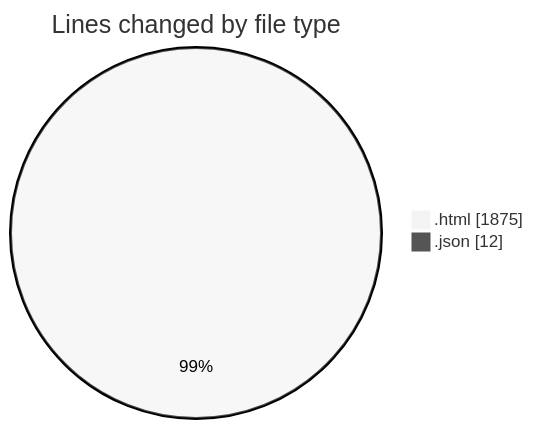
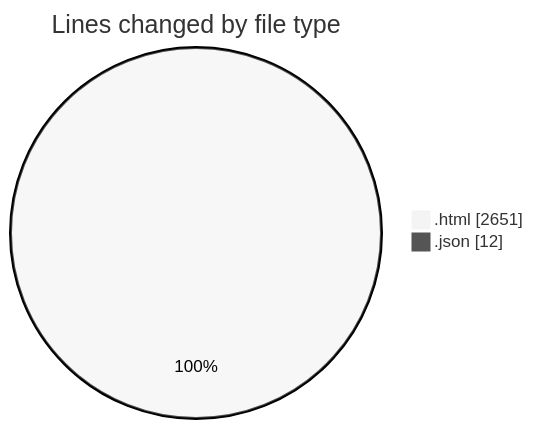
One commit to momahboobian/code-tracking changed the first of 2 diagrams in 2026-05-21/pdf_invoice/README.md. Above: the diagram before and after it, drawn with Mermaid (neutral theme). The commit also changed other lines of this file and 1 other file, not shown here.

````diff
--- a/2026-05-21/pdf_invoice/README.md
+++ b/2026-05-21/pdf_invoice/README.md
@@ -22,6 +23,6 @@
 ```mermaid
 pie showData
 title Lines changed by file type
-".html" : 1875
+".html" : 2651
 ".json" : 12
 ```
````
